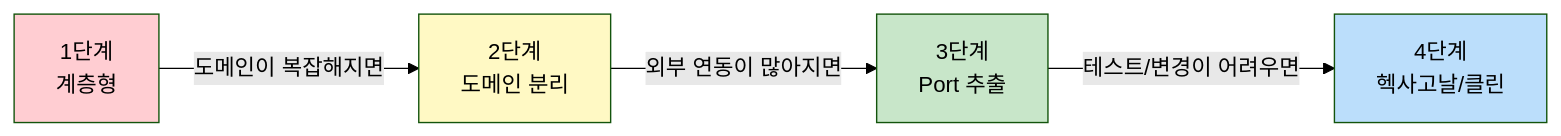
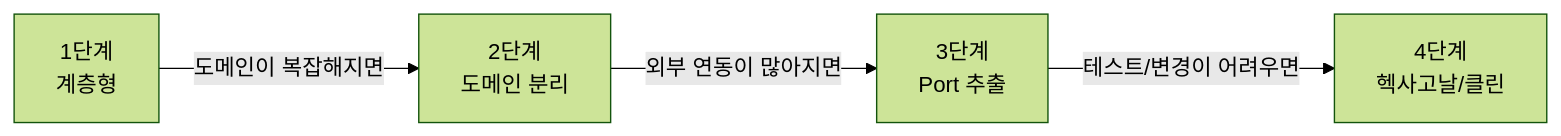
Before and after one commit to advanced-beginner/advanced-beginner.github.io: the fifth of 5 diagrams in content/ko/ddd/concepts/architecture.md, drawn with Mermaid (forest theme). The commit also changed 35 other files, not shown here.

First line of the commit message:
refactor: Mermaid 다이어그램 개선

````diff
--- a/content/ko/ddd/concepts/architecture.md
+++ b/content/ko/ddd/concepts/architecture.md
@@ -226,16 +226,11 @@
 ```mermaid
 flowchart LR
     A["1단계<br/>계층형"]
     B["2단계<br/>도메인 분리"]
     C["3단계<br/>Port 추출"]
     D["4단계<br/>헥사고날/클린"]
 
     A -->|"도메인이 복잡해지면"| B
     B -->|"외부 연동이 많아지면"| C
     C -->|"테스트/변경이 어려우면"| D
-
-    style A fill:#ffcdd2
-    style B fill:#fff9c4
-    style C fill:#c8e6c9
-    style D fill:#bbdefb
 ```
````
